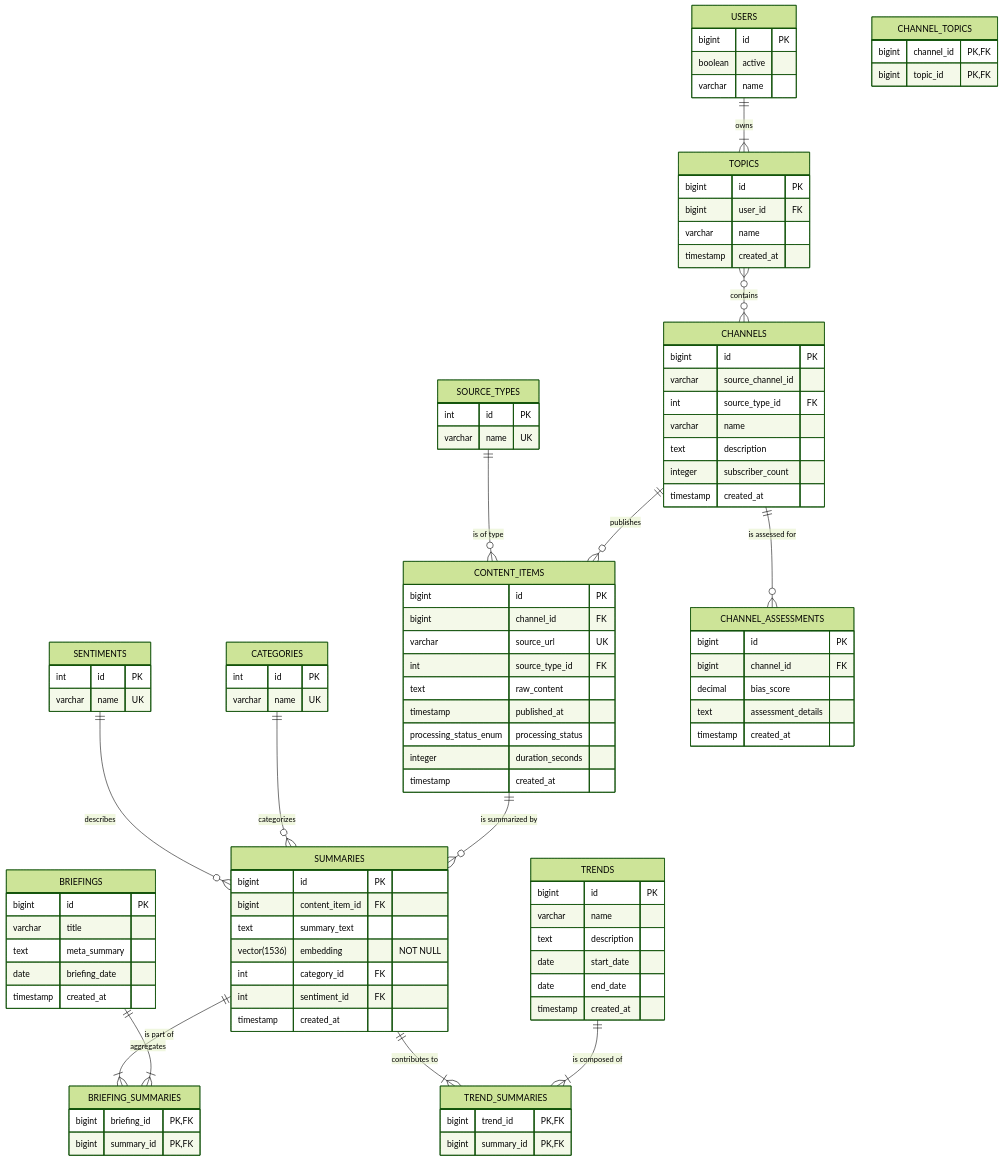
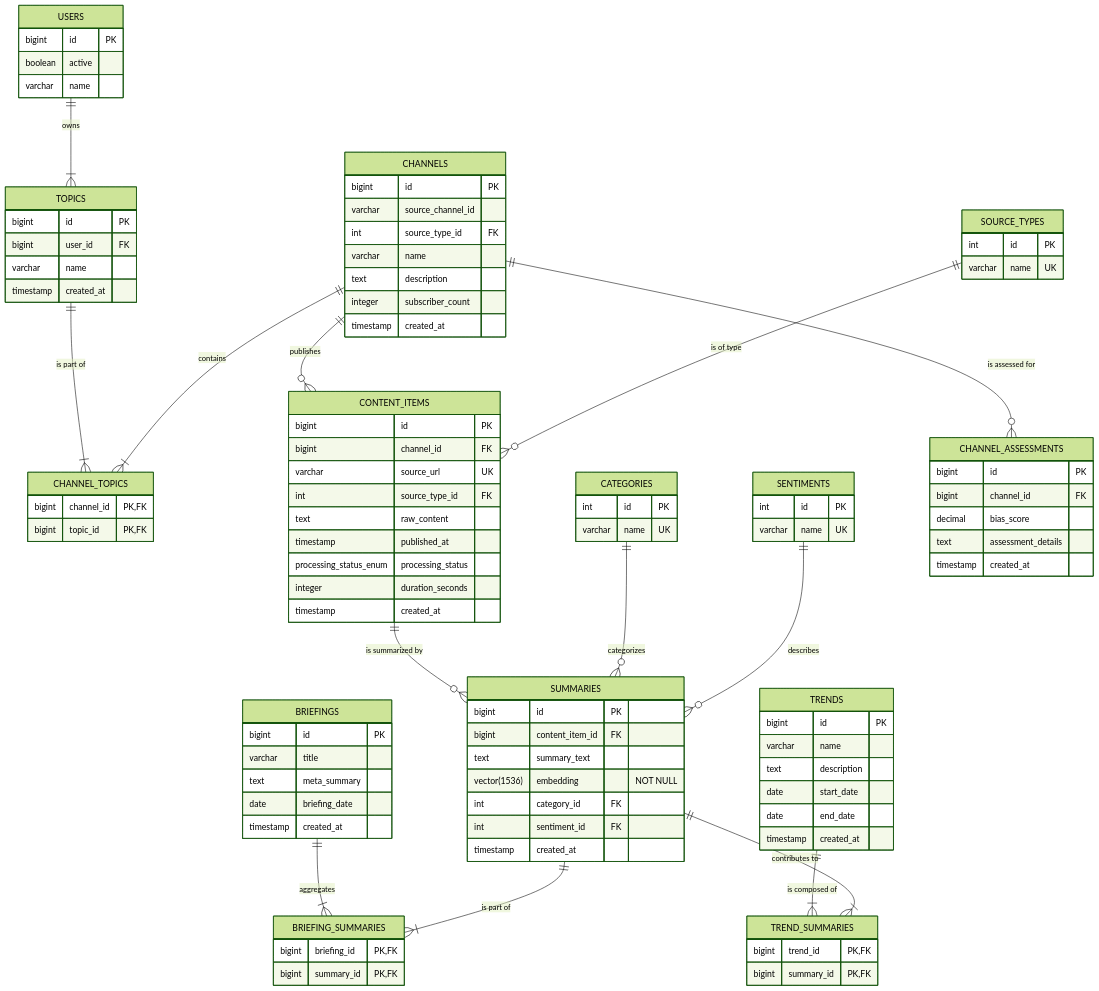
One commit to sjuresa/povzetkar changed the diagram in docs/sdlc/04_database_design.md. Above: the diagram before and after it, drawn with Mermaid (forest theme). The commit also changed 2 other files, not shown here.

Commit message:
feat: Refactor topic-channel relationship, update user_id migration, and refine test cleanup
POV-58

````diff
--- a/docs/sdlc/04_database_design.md
+++ b/docs/sdlc/04_database_design.md
@@ -23,7 +23,8 @@
 ```mermaid
 erDiagram
     USERS ||--|{ TOPICS : "owns"
-    TOPICS }o--o{ CHANNELS : "contains"
+    TOPICS ||--|{ CHANNEL_TOPICS : "is part of"
+    CHANNELS ||--|{ CHANNEL_TOPICS : "contains"
     CHANNELS ||--o{ CONTENT_ITEMS : "publishes"
     CONTENT_ITEMS ||--o{ SUMMARIES : "is summarized by"
     CATEGORIES ||--o{ SUMMARIES : "categorizes"
````
